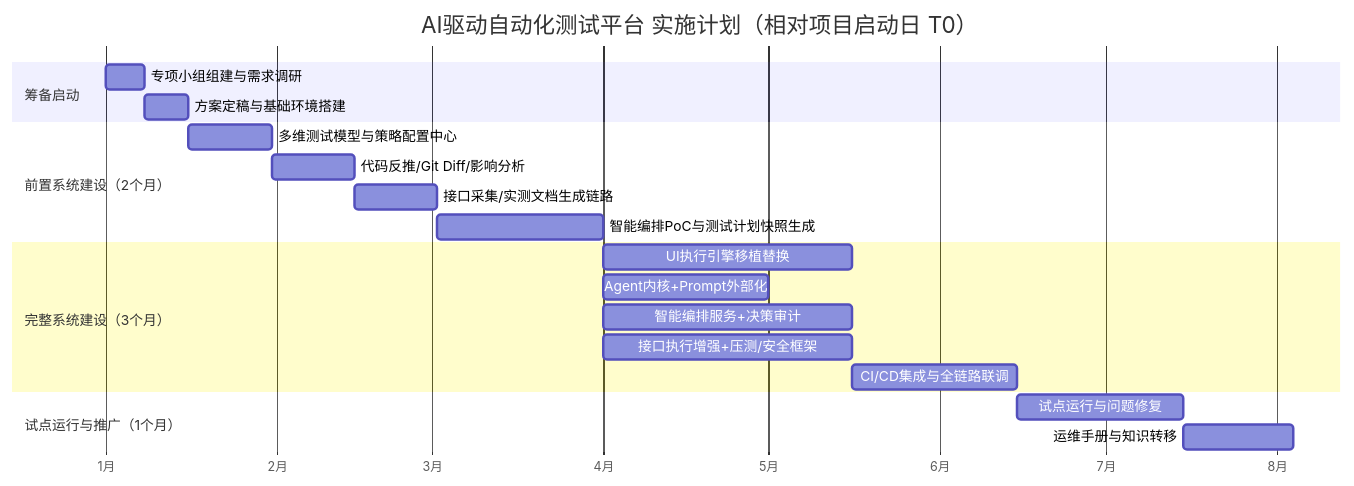
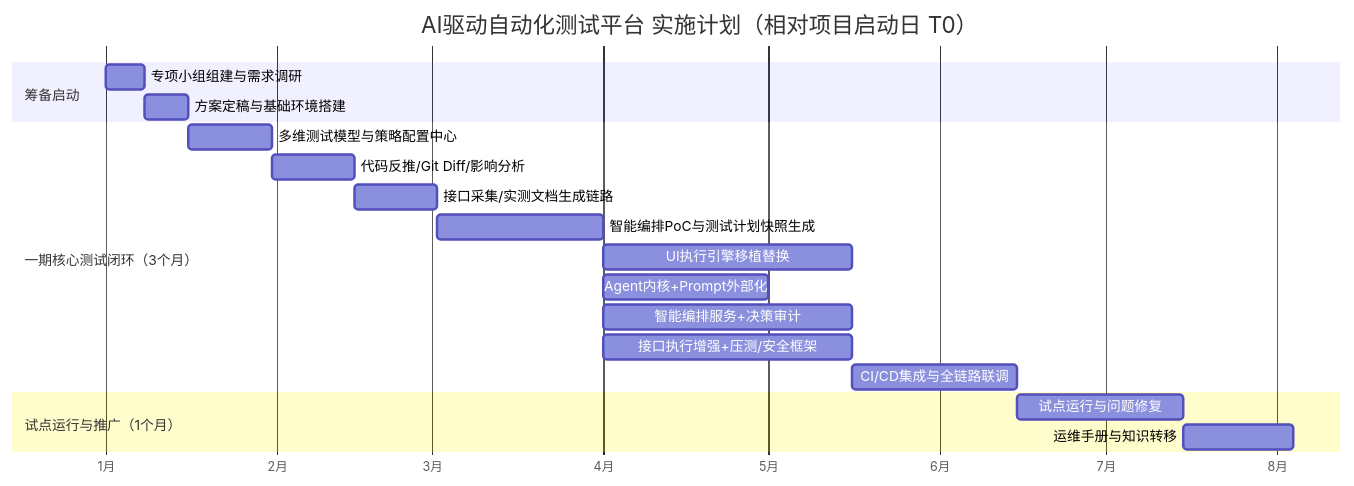
Before and after one commit to xiangsong97/xueran: the ninth of 9 diagrams in AI驱动自动化测试平台自研落地实施方案.md, drawn with Mermaid. The commit also changed other lines of this file, not shown here.

````diff
--- a/AI驱动自动化测试平台自研落地实施方案.md
+++ b/AI驱动自动化测试平台自研落地实施方案.md
@@ -908,24 +906,23 @@
 ```mermaid
 gantt
     title AI驱动自动化测试平台 实施计划（相对项目启动日 T0）
     dateFormat YYYY-MM-DD
     axisFormat %-m月
     section 筹备启动
     专项小组组建与需求调研      :a1, 2026-01-01, 7d
     方案定稿与基础环境搭建      :a2, after a1, 8d
-    section 前置系统建设（2个月）
+    section 一期核心测试闭环（3个月）
     多维测试模型与策略配置中心   :b1, after a2, 15d
     代码反推/Git Diff/影响分析   :b2, after b1, 15d
     接口采集/实测文档生成链路    :b3, after b2, 15d
     智能编排PoC与测试计划快照生成    :b4, after b3, 30d
-    section 完整系统建设（3个月）
     UI执行引擎移植替换           :c1, after b4, 45d
     Agent内核+Prompt外部化      :c2, after b4, 30d
     智能编排服务+决策审计         :c3, after b4, 45d
     接口执行增强+压测/安全框架     :c4, after b4, 45d
     CI/CD集成与全链路联调         :c5, after c4, 30d
     section 试点运行与推广（1个月）
     试点运行与问题修复           :d1, after c5, 30d
     运维手册与知识转移           :d2, after d1, 20d
 
 ```
````
